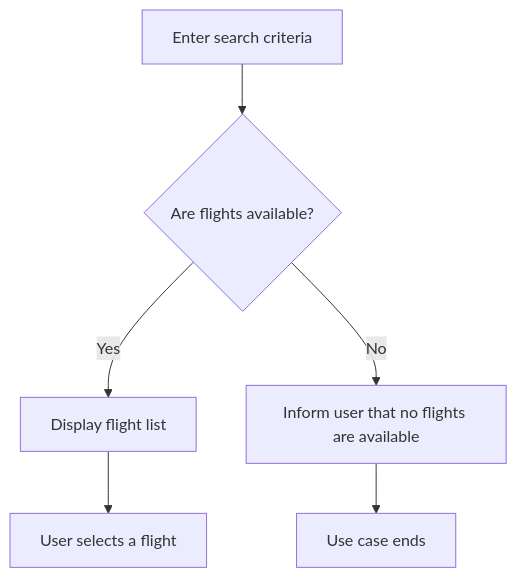
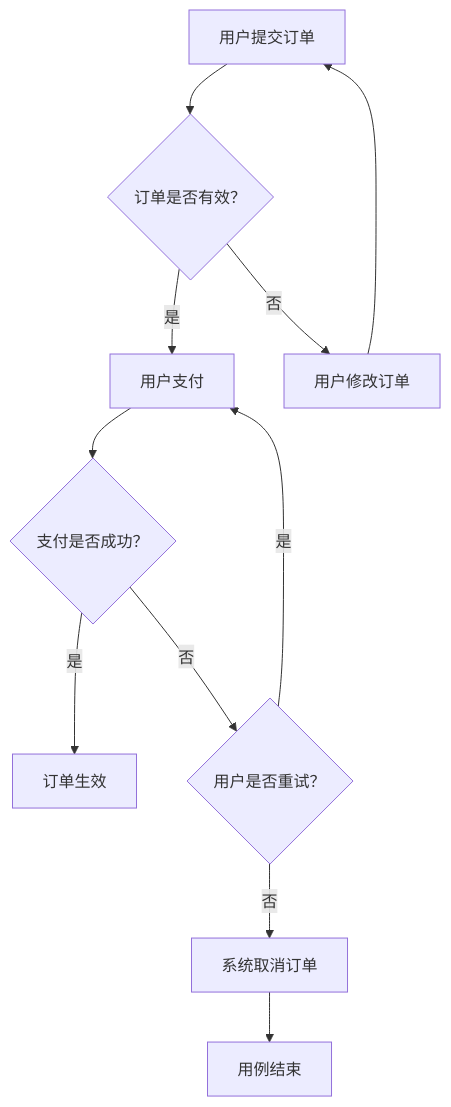
Before and after one commit to huang-xiao-jian/bluey: the diagram in skills/draft-use-case-specification/adr/mermaid.md, drawn with Mermaid. The commit also changed other lines of this file and 4 other files, not shown here.

````diff
--- a/skills/draft-use-case-specification/adr/mermaid.md
+++ b/skills/draft-use-case-specification/adr/mermaid.md
@@ -48,7 +62,12 @@
 ```mermaid
 flowchart TD
-    N1[Enter search criteria] --> N2{Are flights available?}
-    N2 -- Yes --> N3[Display flight list]
-    N2 -- No --> N4[Inform user that no flights are available] --> N5[Use case ends]
-    N3 --> N6[User selects a flight]
+    submit[用户提交订单] --> validate{订单是否有效？}
+    validate -- 是 --> pay[用户支付]
+    validate -- 否 --> revise[用户修改订单]
+    revise --> submit
+    pay --> result{支付是否成功？}
+    result -- 是 --> success[订单生效]
+    result -- 否 --> retry{用户是否重试？}
+    retry -- 是 --> pay
+    retry -- 否 --> cancel[系统取消订单] --> endOrder[用例结束]
 ```
````
